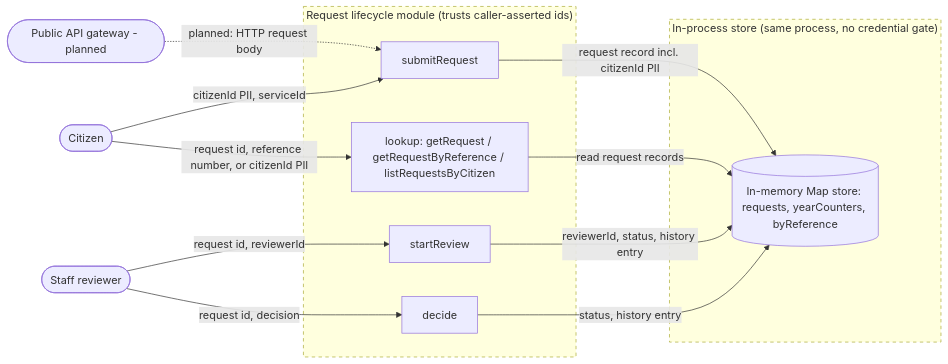
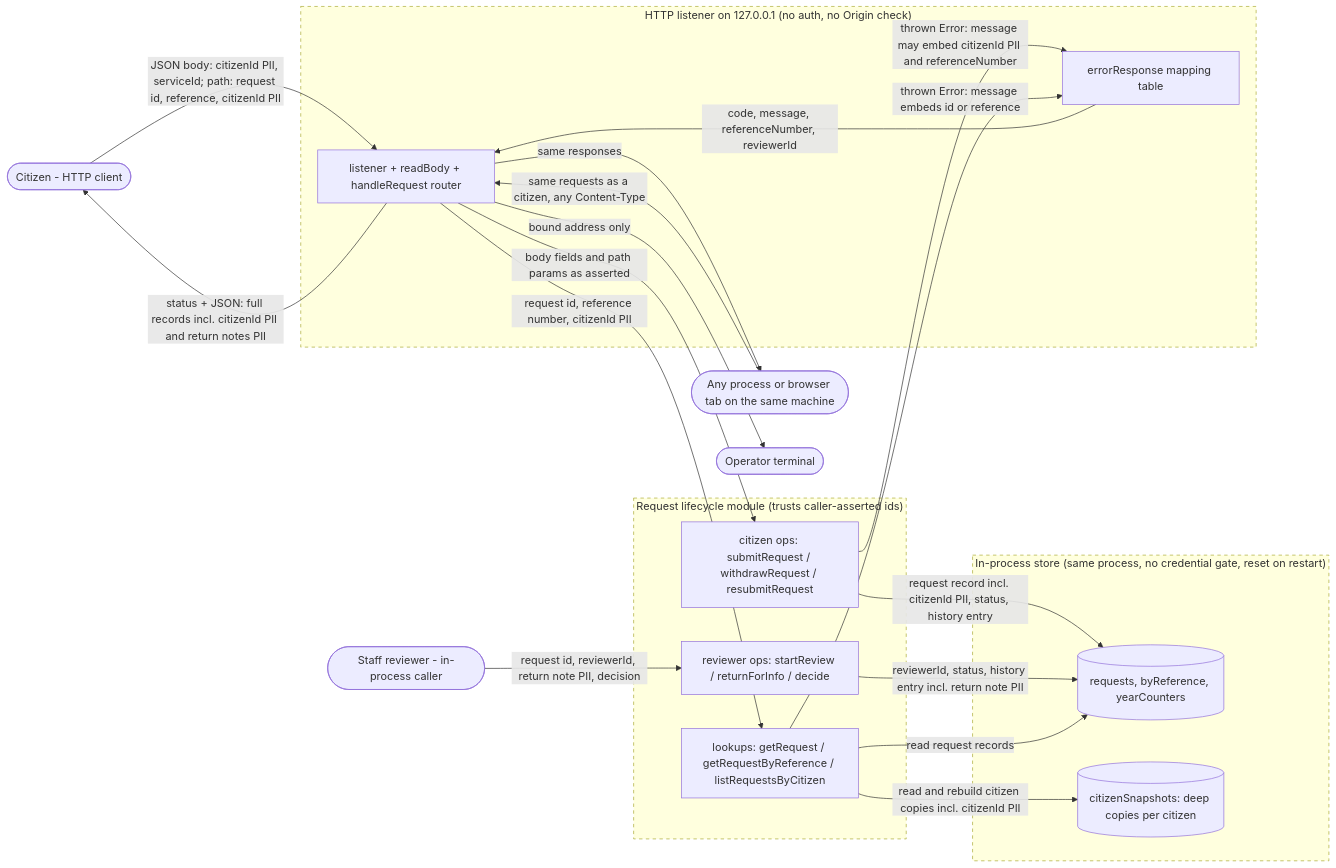
One commit to atlas-apex/khidma-live changed the diagram in docs/architecture/dfd.md. Above: the diagram before and after it, drawn with Mermaid. The commit also changed other lines of this file and 2 other files, not shown here.

First line of the commit message:
docs(#29): refresh the DFD for the HTTP server and full lifecycle

````diff
--- a/docs/architecture/dfd.md
+++ b/docs/architecture/dfd.md
@@ -12,34 +14,48 @@
 ```mermaid
 flowchart LR
     %% External actors (outside all trust boundaries)
-    citizen([Citizen])
-    reviewer([Staff reviewer])
-    gateway([Public API gateway - planned])
+    citizen([Citizen - HTTP client])
+    local([Any process or browser tab on the same machine])
+    reviewer([Staff reviewer - in-process caller])
+    console([Operator terminal])
 
-    %% Trust zones — dashed subgraphs mark each boundary
-    subgraph module_zone["Request lifecycle module (trusts caller-asserted ids)"]
-        submit["submitRequest"]
-        start_review["startReview"]
-        decide["decide"]
-        lookup["lookup: getRequest / getRequestByReference / listRequestsByCitizen"]
+    %% Trust zones - dashed subgraphs mark each boundary
+    subgraph http_zone["HTTP listener on 127.0.0.1 (no auth, no Origin check)"]
+        listener["listener + readBody + handleRequest router"]
+        err_map["errorResponse mapping table"]
     end
 
-    subgraph store_zone["In-process store (same process, no credential gate)"]
-        mem_store[("In-memory Map store: requests, yearCounters, byReference")]
+    subgraph module_zone["Request lifecycle module (trusts caller-asserted ids)"]
+        citizen_ops["citizen ops: submitRequest / withdrawRequest / resubmitRequest"]
+        reviewer_ops["reviewer ops: startReview / returnForInfo / decide"]
+        lookup["lookups: getRequest / getRequestByReference / listRequestsByCitizen"]
     end
 
-    %% Data flows — every cross-boundary arrow MUST carry a payload label
-    citizen -->|citizenId PII, serviceId| submit
-    citizen -->|request id, reference number, or citizenId PII| lookup
-    reviewer -->|request id, reviewerId| start_review
-    reviewer -->|request id, decision| decide
-    gateway -.->|planned: HTTP request body| submit
+    subgraph store_zone["In-process store (same process, no credential gate, reset on restart)"]
+        mem_store[("requests, byReference, yearCounters")]
+        snap_store[("citizenSnapshots: deep copies per citizen")]
+    end
 
-    submit -->|request record incl. citizenId PII| mem_store
-    start_review -->|reviewerId, status, history entry| mem_store
-    decide -->|status, history entry| mem_store
-    lookup -->|read request records| mem_store
+    %% Data flows - every cross-boundary arrow carries a payload label
+    citizen -->|"JSON body: citizenId PII, serviceId; path: request id, reference, citizenId PII"| listener
+    local -->|"same requests as a citizen, any Content-Type"| listener
+    listener -->|"status + JSON: full records incl. citizenId PII and return notes PII"| citizen
+    listener -->|"same responses"| local
+    listener -->|"body fields and path params as asserted"| citizen_ops
+    listener -->|"request id, reference number, citizenId PII"| lookup
+    citizen_ops -->|"thrown Error: message may embed citizenId PII and referenceNumber"| err_map
+    lookup -->|"thrown Error: message embeds id or reference"| err_map
+    err_map -->|"code, message, referenceNumber, reviewerId"| listener
+    listener -->|"bound address only"| console
 
+    reviewer -->|"request id, reviewerId, return note PII, decision"| reviewer_ops
+
+    citizen_ops -->|"request record incl. citizenId PII, status, history entry"| mem_store
+    reviewer_ops -->|"reviewerId, status, history entry incl. return note PII"| mem_store
+    lookup -->|"read request records"| mem_store
+    lookup -->|"read and rebuild citizen copies incl. citizenId PII"| snap_store
+
+    style http_zone stroke-dasharray: 5 5
     style module_zone stroke-dasharray: 5 5
     style store_zone stroke-dasharray: 5 5
 ```
````
